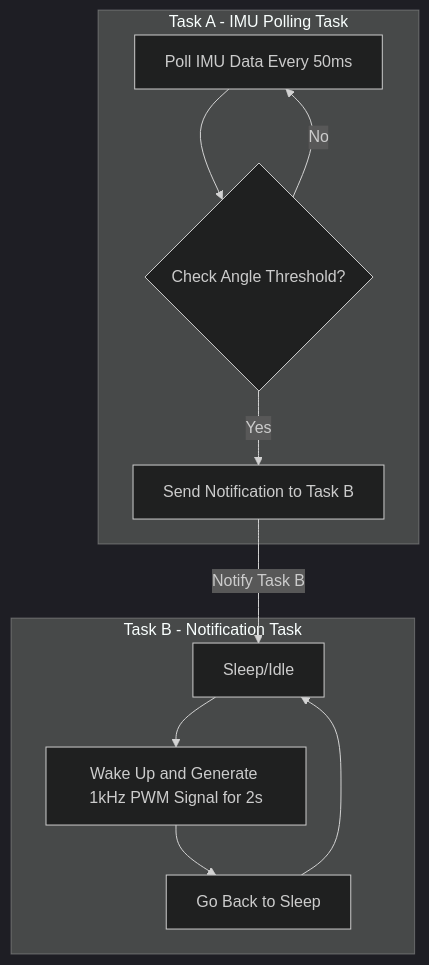
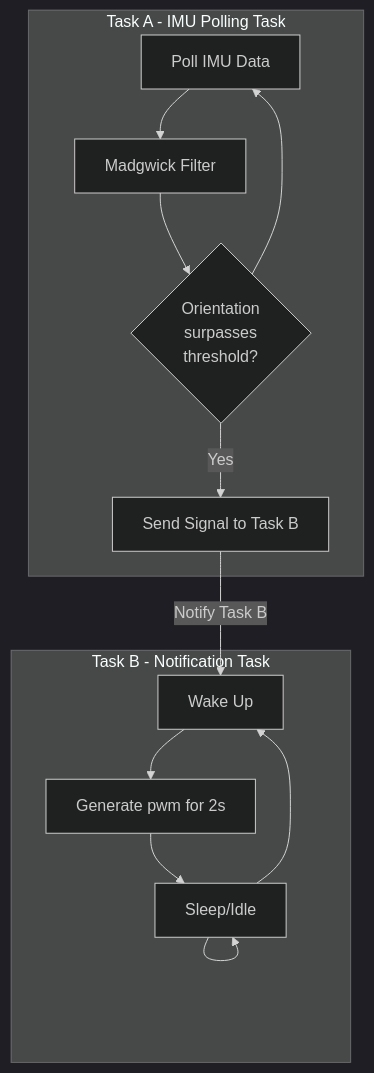
One commit to yguenduez/nerd-neck changed the diagram in report.md. Above: the diagram before and after it, drawn with Mermaid (dark theme). The commit also changed other lines of this file, not shown here.

Commit message:
wip: finish main part - missing: challenges

````diff
--- a/report.md
+++ b/report.md
@@ -103,23 +103,26 @@
 ```mermaid
 graph TD
   subgraph TaskA["Task A - IMU Polling Task"]
-    loopA[Poll IMU Data Every 50ms]
-    condA{Check Angle Threshold?}
-    notify["Send Notification to Task B"]
+    poll[Poll IMU Data]
+    filter[Madgwick Filter]
+    condA{Orientation\n surpasses\n threshold?}
+    notify["Send Signal to Task B"]
   end
 
   subgraph TaskB["Task B - Notification Task"]
-    sleepB["Sleep/Idle"]
-    notifyB["Wake Up and Generate 1kHz PWM Signal for 2s"]
-    restart["Go Back to Sleep"]
+    wakeUp["Wake Up"]
+    sleep["Sleep/Idle"]
+    pwm["Generate pwm for 2s"]
   end
 
-  loopA --> condA
+  poll --> filter 
+  filter --> condA
   condA -- Yes --> notify
-  condA -- No --> loopA
+  condA --> poll
 
-  notify -->|Notify Task B| sleepB
-  sleepB --> notifyB
-  notifyB --> restart
-  restart --> sleepB
+  notify -->|Notify Task B| wakeUp
+  sleep --> wakeUp
+  wakeUp --> pwm
+  pwm --> sleep
+  sleep --> sleep
 ```
````
